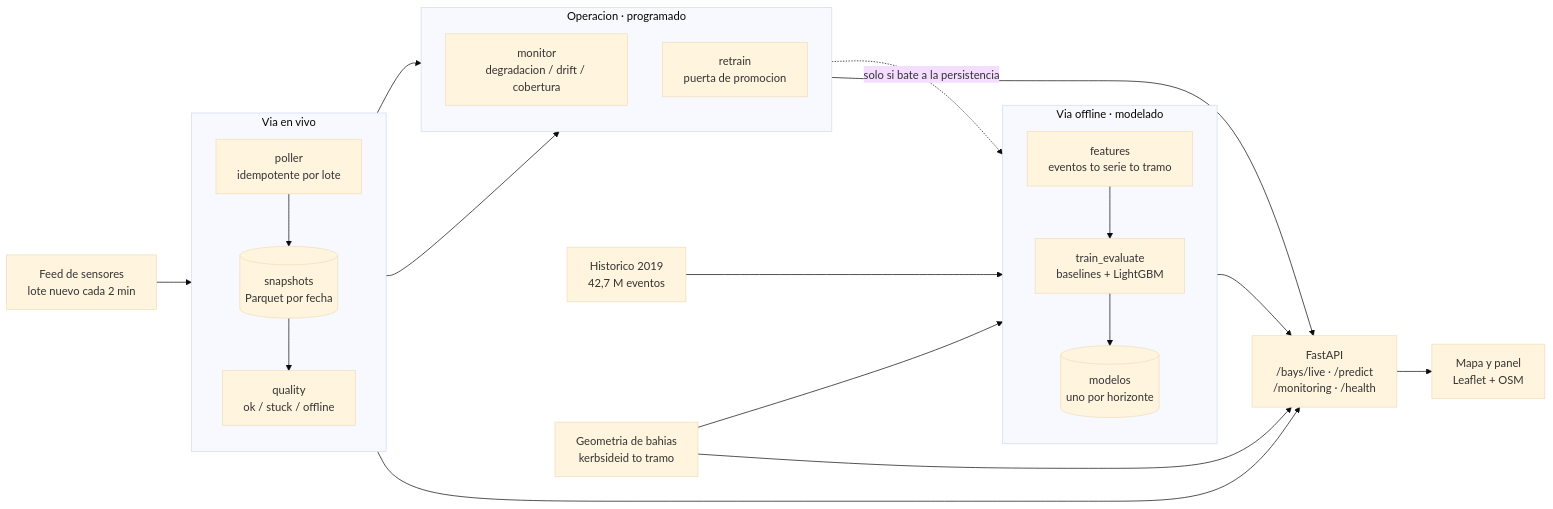
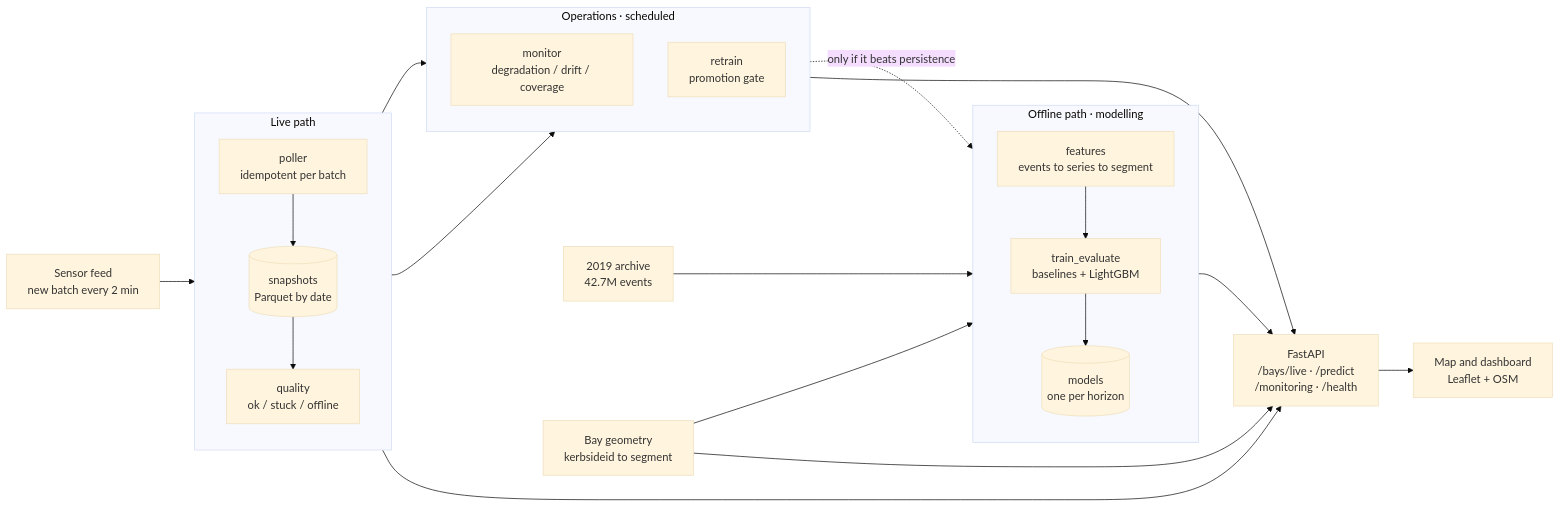
The diagram in README.md (moralesangel/parking-predict), drawn with Mermaid (base theme) before and after one commit. The commit also changed other lines of this file and 6 other files, not shown here.

````diff
--- a/README.md
+++ b/README.md
@@ -47,44 +47,44 @@
 ```mermaid
 flowchart LR
-    feed["Feed de sensores<br/>lote nuevo cada 2 min"]
-    hist["Historico 2019<br/>42,7 M eventos"]
-    geo["Geometria de bahias<br/>kerbsideid to tramo"]
+    feed["Sensor feed<br/>new batch every 2 min"]
+    hist["2019 archive<br/>42.7M events"]
+    geo["Bay geometry<br/>kerbsideid to segment"]
 
-    subgraph vivo["Via en vivo"]
+    subgraph live["Live path"]
         direction TB
-        poller["poller<br/>idempotente por lote"]
-        snap[("snapshots<br/>Parquet por fecha")]
+        poller["poller<br/>idempotent per batch"]
+        snap[("snapshots<br/>Parquet by date")]
         quality["quality<br/>ok / stuck / offline"]
         poller --> snap --> quality
     end
 
-    subgraph offline["Via offline · modelado"]
+    subgraph offline["Offline path · modelling"]
         direction TB
-        features["features<br/>eventos to serie to tramo"]
+        features["features<br/>events to series to segment"]
         train["train_evaluate<br/>baselines + LightGBM"]
-        models[("modelos<br/>uno por horizonte")]
+        models[("models<br/>one per horizon")]
         features --> train --> models
     end
 
-    subgraph ops["Operacion · programado"]
+    subgraph ops["Operations · scheduled"]
         direction TB
-        monitor["monitor<br/>degradacion / drift / cobertura"]
-        retrain["retrain<br/>puerta de promocion"]
+        monitor["monitor<br/>degradation / drift / coverage"]
+        retrain["retrain<br/>promotion gate"]
     end
 
     api["FastAPI<br/>/bays/live · /predict<br/>/monitoring · /health"]
-    web["Mapa y panel<br/>Leaflet + OSM"]
+    web["Map and dashboard<br/>Leaflet + OSM"]
 
     feed --> poller
     hist --> features
     geo --> features
     quality --> api
     models --> api
     geo --> api
     api --> web
 
     quality --> monitor
     snap --> retrain
     monitor --> api
-    retrain -. "solo si bate a la persistencia" .-> models
+    retrain -. "only if it beats persistence" .-> models
 ```
````
